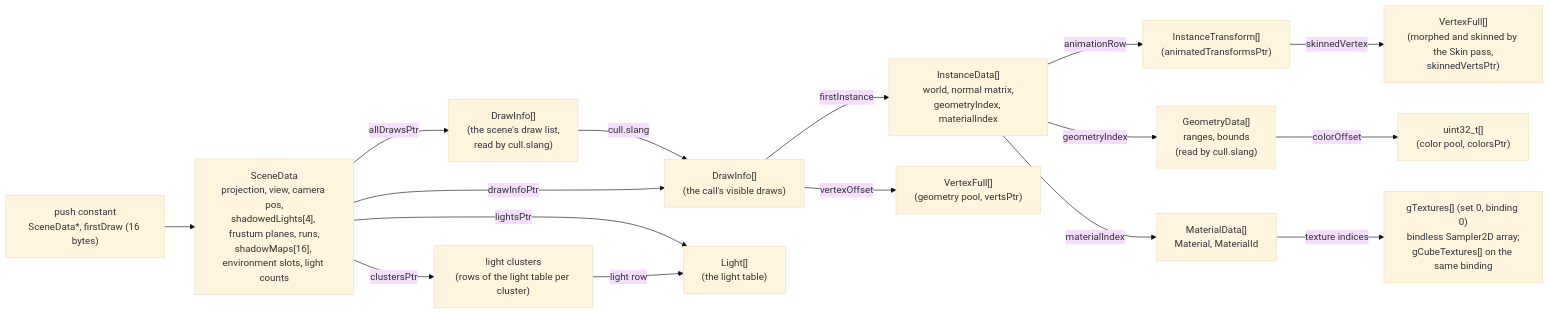
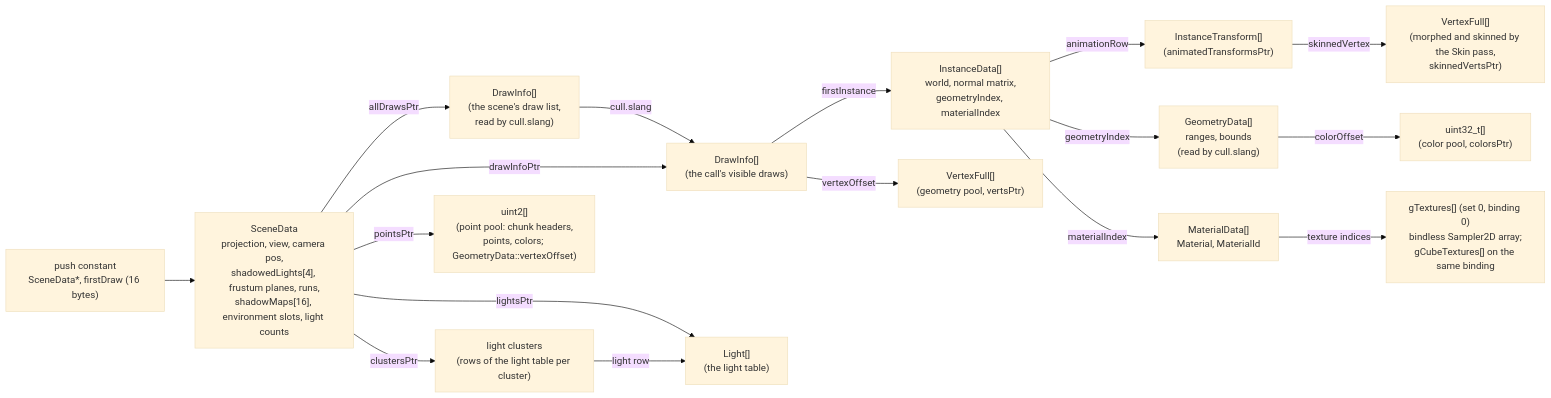
One commit to adel-elmala/rasm changed the third of 3 diagrams in docs/architecture.md. Above: the diagram before and after it, drawn with Mermaid (base theme). The commit also changed other lines of this file and 63 other files, not shown here.

````diff
--- a/docs/architecture.md
+++ b/docs/architecture.md
@@ -691,18 +711,19 @@
 ```mermaid
 flowchart LR
     PC["push constant<br/>SceneData*, firstDraw (16 bytes)"] --> SD["SceneData<br/>projection, view, camera pos,<br/>shadowedLights[4], frustum planes, runs,<br/>shadowMaps[16], environment slots, light counts"]
     SD -- allDrawsPtr --> AD["DrawInfo[]<br/>(the scene's draw list,<br/>read by cull.slang)"]
     AD -- cull.slang --> DI
     SD -- drawInfoPtr --> DI["DrawInfo[]<br/>(the call's visible draws)"]
     DI -- firstInstance --> ID["InstanceData[]<br/>world, normal matrix,<br/>geometryIndex, materialIndex"]
     DI -- vertexOffset --> V["VertexFull[]<br/>(geometry pool, vertsPtr)"]
     GD -- colorOffset --> VC["uint32_t[]<br/>(color pool, colorsPtr)"]
     ID -- animationRow --> IT["InstanceTransform[]<br/>(animatedTransformsPtr)"]
     IT -- skinnedVertex --> SV["VertexFull[]<br/>(morphed and skinned by the Skin pass,<br/>skinnedVertsPtr)"]
     ID -- geometryIndex --> GD["GeometryData[]<br/>ranges, bounds<br/>(read by cull.slang)"]
     SD -- lightsPtr --> LT["Light[]<br/>(the light table)"]
     SD -- clustersPtr --> CL["light clusters<br/>(rows of the light table per cluster)"]
+    SD -- pointsPtr --> PP["uint2[]<br/>(point pool: chunk headers,<br/>points, colors; GeometryData::vertexOffset)"]
     CL -- light row --> LT
     ID -- materialIndex --> MD["MaterialData[]<br/>Material, MaterialId"]
     MD -- texture indices --> T["gTextures[] (set 0, binding 0)<br/>bindless Sampler2D array;<br/>gCubeTextures[] on the same binding"]
 ```
````
